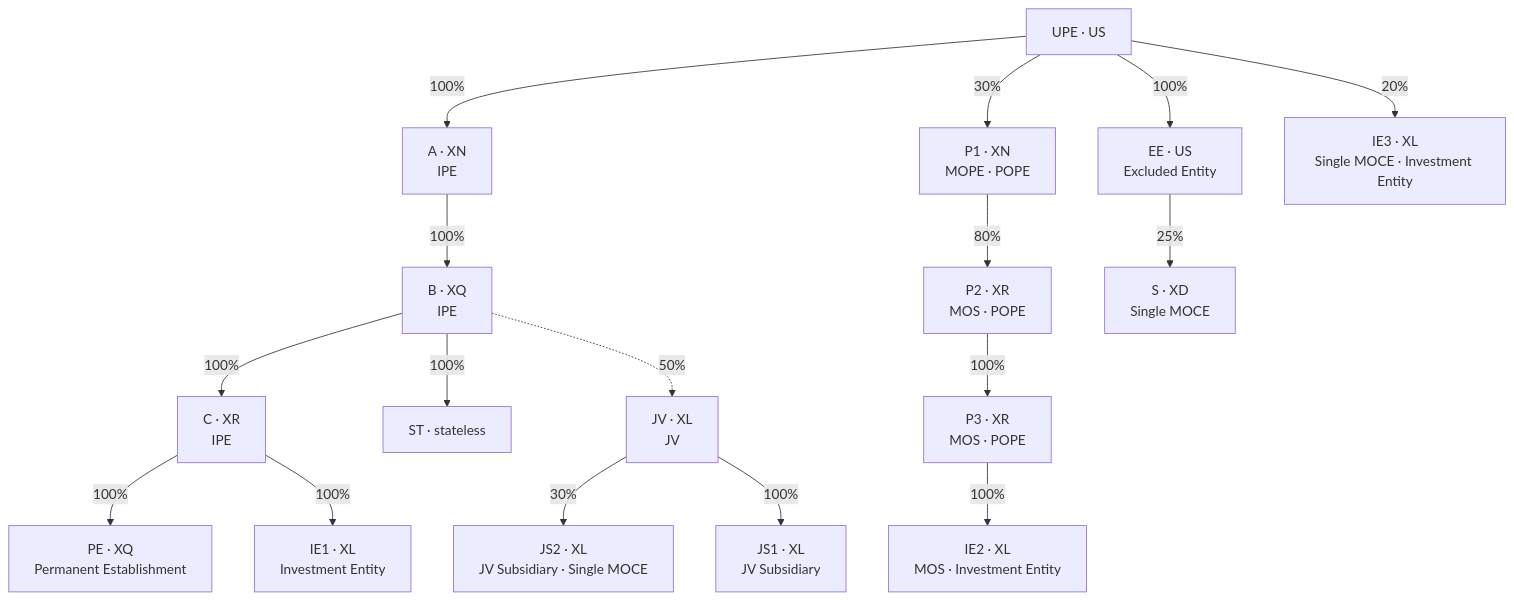
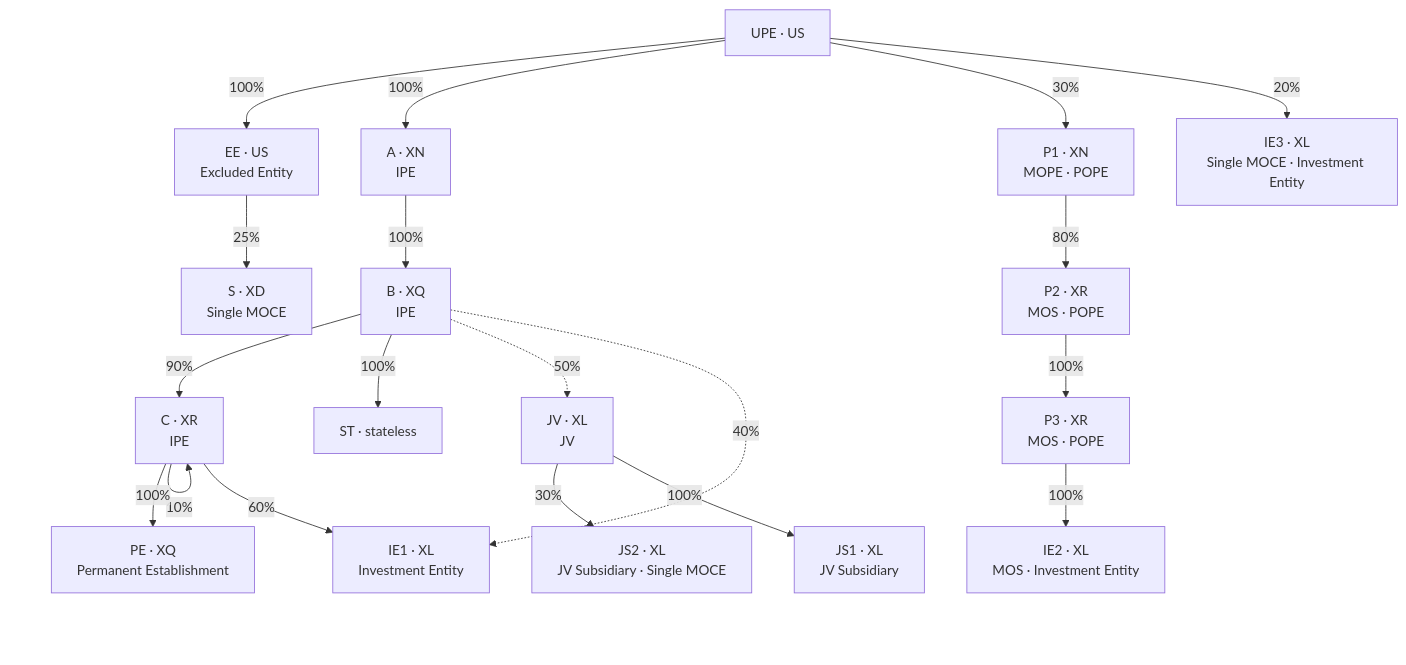
Before and after one commit to matricist/oecd-pillar2-dx-model: the diagram in Calculation-Model/Example.md, drawn with Mermaid. The commit also changed other lines of this file and 1 other file, not shown here.

````diff
--- a/Calculation-Model/Example.md
+++ b/Calculation-Model/Example.md
@@ -18,37 +18,39 @@
 ```mermaid
 flowchart TD
     UPE["UPE · US"]
     EE["EE · US<br/>Excluded Entity"]
     A["A · XN<br/>IPE"]
     B["B · XQ<br/>IPE"]
     C["C · XR<br/>IPE"]
     PE["PE · XQ<br/>Permanent Establishment"]
     IE1["IE1 · XL<br/>Investment Entity"]
     ST["ST · stateless"]
     JV["JV · XL<br/>JV"]
     JS1["JS1 · XL<br/>JV Subsidiary"]
     JS2["JS2 · XL<br/>JV Subsidiary · Single MOCE"]
     P1["P1 · XN<br/>MOPE · POPE"]
     P2["P2 · XR<br/>MOS · POPE"]
     P3["P3 · XR<br/>MOS · POPE"]
     IE2["IE2 · XL<br/>MOS · Investment Entity"]
     S["S · XD<br/>Single MOCE"]
     IE3["IE3 · XL<br/>Single MOCE · Investment Entity"]
 
     UPE -->|100%| EE
     UPE -->|100%| A
     UPE -->|30%| P1
     UPE -->|20%| IE3
     EE -->|25%| S
     A -->|100%| B
-    B -->|100%| C
+    B -->|90%| C
+    C -->|10%| C
     B -->|100%| ST
     B -.->|50%| JV
     C -->|100%| PE
-    C -->|100%| IE1
+    C -->|60%| IE1
+    B -.->|40%| IE1
     JV -->|30%| JS2
     JV -->|100%| JS1
     P1 -->|80%| P2
     P2 -->|100%| P3
     P3 -->|100%| IE2
 ```
````
